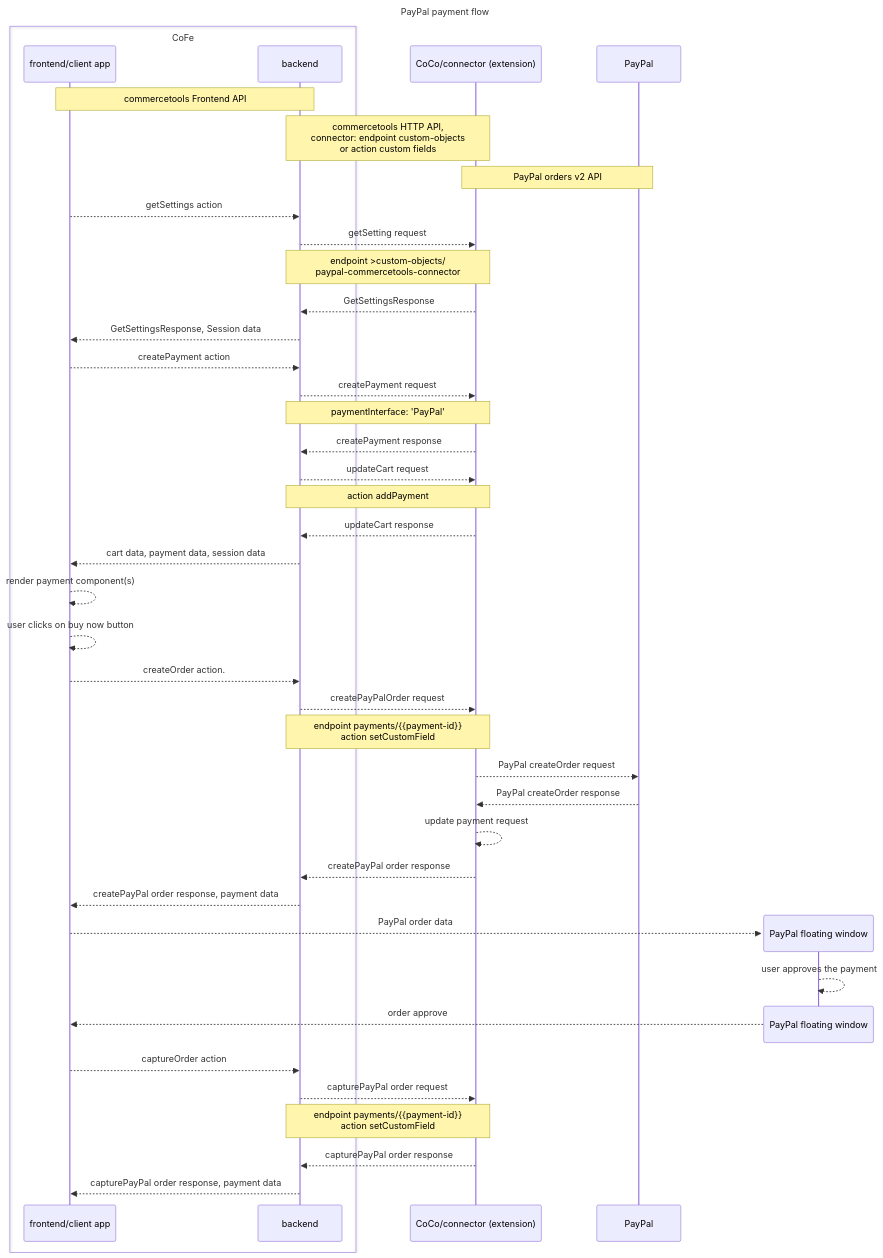
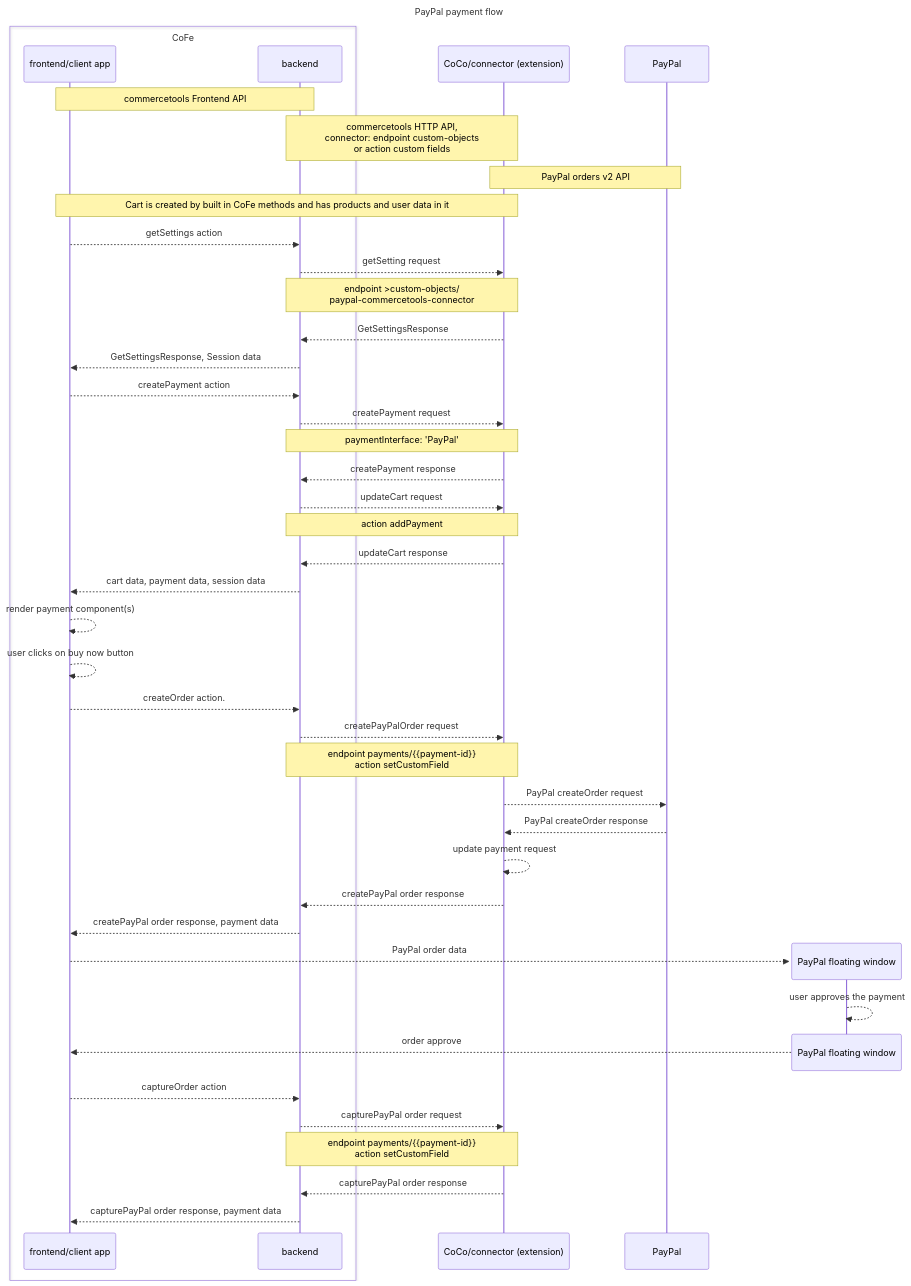
The diagram in docs/workflows/sequence_diagram_paypal_payment.md (mediaopt/paypal-commercetools-connector), drawn with Mermaid before and after one commit. The commit also changed other lines of this file, not shown here.

````diff
--- a/docs/workflows/sequence_diagram_paypal_payment.md
+++ b/docs/workflows/sequence_diagram_paypal_payment.md
@@ -9,45 +9,46 @@
 ```mermaid
 sequenceDiagram
     title PayPal payment flow
     box CoFe 
     participant frontend as frontend/client app
     participant backend 
     end
     participant CoCo as CoCo/connector (extension)
     Note over frontend,backend: commercetools Frontend API
     Note over backend, CoCo: commercetools HTTP API,<br/> connector: endpoint custom-objects <br/>or action custom fields
     Note over CoCo, PayPal: PayPal orders v2 API
+    Note over frontend, CoCo: Cart is created by built in CoFe methods and has products and user data in it
     frontend-->>backend: getSettings action
     backend-->>CoCo: getSetting request
     Note over backend, CoCo: endpoint >custom-objects/<br/>paypal-commercetools-connector
     CoCo-->>backend: GetSettingsResponse
     backend-->>frontend: GetSettingsResponse, Session data
     frontend-->>backend: createPayment action
     backend-->>CoCo: createPayment request
     note over backend, CoCo: paymentInterface: 'PayPal'
     CoCo-->>backend: createPayment response
     backend-->>CoCo: updateCart request
     note over backend, CoCo: action addPayment
     CoCo-->>backend: updateCart response
     backend-->>frontend: cart data, payment data, session data
     frontend-->>frontend: render payment component(s)
     frontend-->>frontend: user clicks on buy now button
     frontend-->>backend: createOrder action.
     backend-->>CoCo: createPayPalOrder request
     Note over backend, CoCo: endpoint payments/{{payment-id}}<br/>action setCustomField
     CoCo-->>PayPal: PayPal createOrder request
     PayPal-->>CoCo: PayPal createOrder response
     CoCo-->>CoCo: update payment request
     CoCo-->>backend: createPayPal order response
     backend-->>frontend: createPayPal order response, payment data
     create participant window as PayPal floating window
     frontend-->>window: PayPal order data
     window-->>window: user approves the payment
     destroy window
     window-->>frontend: order approve
     frontend-->>backend: captureOrder action
     backend-->>CoCo: capturePayPal order request
     Note over backend, CoCo: endpoint payments/{{payment-id}}<br/>action setCustomField
     CoCo-->>backend: capturePayPal order response
     backend-->>frontend: capturePayPal order response, payment data
 ```
````
